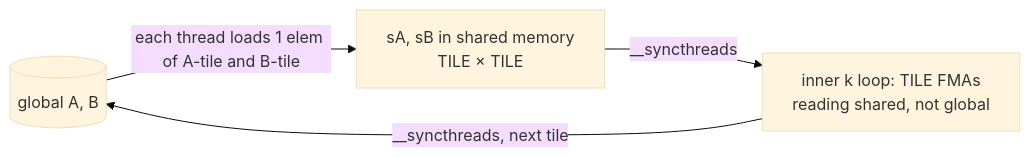
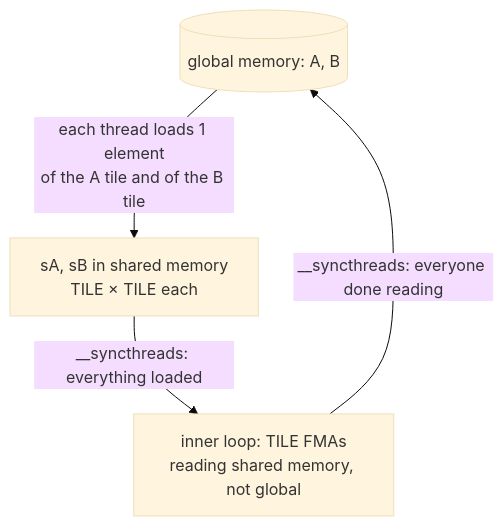
The third of 5 diagrams in Interview prep/Days/Day 05 - CUDA I.md (jayavardhan-g/projects-vault), drawn with Mermaid (base theme) before and after one commit. The commit also changed other lines of this file and 12 other files, not shown here.

First line of the commit message:
projects: Days 2-14 "Code, explained": full-width top-to-bottom diagrams, a figure per section, and a step-by-step flow per day

````diff
--- a/Interview prep/Days/Day 05 - CUDA I.md
+++ b/Interview prep/Days/Day 05 - CUDA I.md
@@ -160,6 +187,6 @@
 ```mermaid
-flowchart LR
-  G[("global A, B")] -->|"each thread loads 1 elem of A-tile and B-tile"| SM["sA, sB in shared memory<br/>TILE × TILE"]
-  SM -->|"__syncthreads"| K["inner k loop: TILE FMAs<br/>reading shared, not global"]
-  K -->|"__syncthreads, next tile"| G
+flowchart TB
+  G[("global memory: A, B")] -->|"each thread loads 1 element<br/>of the A tile and of the B tile"| SM["sA, sB in shared memory<br/>TILE × TILE each"]
+  SM -->|"__syncthreads: everything loaded"| K["inner loop: TILE FMAs<br/>reading shared memory, not global"]
+  K -->|"__syncthreads: everyone done reading"| G
 ```
````
